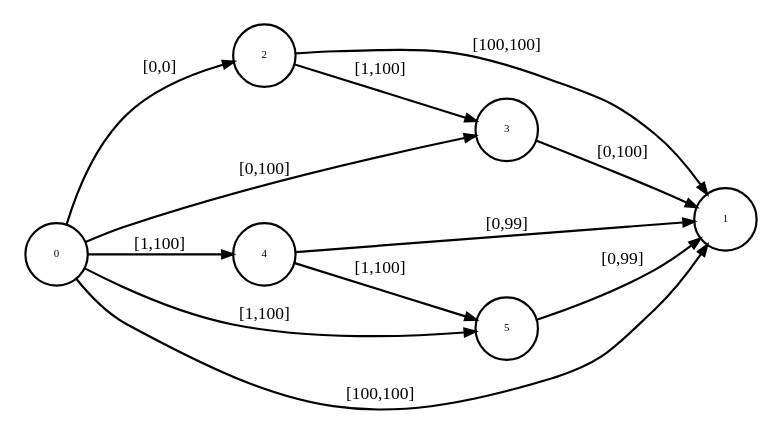
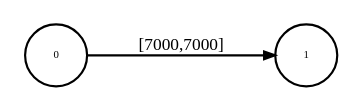
The diagram in stnu.dot (pstlab/roxanne_rosjava), drawn with Graphviz before and after one commit. The commit also changed 14 other files, not shown here.

```diff
--- a/stnu.dot
+++ b/stnu.dot
@@ -1,15 +1,5 @@
 digraph stnu {
 	rankdir=LR;
-	node [with=.2, height=.2, fontsize=5, shape=circle, style=filled, fillcolor=white];	2 -> 1 [fontsize=8, arrowsize= .5, label = "[100,100]"];
-	2 -> 3 [fontsize=8, arrowsize= .5, label = "[1,100]"];
-	3 -> 1 [fontsize=8, arrowsize= .5, label = "[0,100]"];
-	4 -> 1 [fontsize=8, arrowsize= .5, label = "[0,99]"];
-	4 -> 5 [fontsize=8, arrowsize= .5, label = "[1,100]"];
-	5 -> 1 [fontsize=8, arrowsize= .5, label = "[0,99]"];
-	0 -> 1 [fontsize=8, arrowsize= .5, label = "[100,100]"];
-	0 -> 2 [fontsize=8, arrowsize= .5, label = "[0,0]"];
-	0 -> 3 [fontsize=8, arrowsize= .5, label = "[0,100]"];
-	0 -> 4 [fontsize=8, arrowsize= .5, label = "[1,100]"];
-	0 -> 5 [fontsize=8, arrowsize= .5, label = "[1,100]"];
+	node [with=.2, height=.2, fontsize=5, shape=circle, style=filled, fillcolor=white];	0 -> 1 [fontsize=8, arrowsize= .5, label = "[7000,7000]"];
 
 }
```
